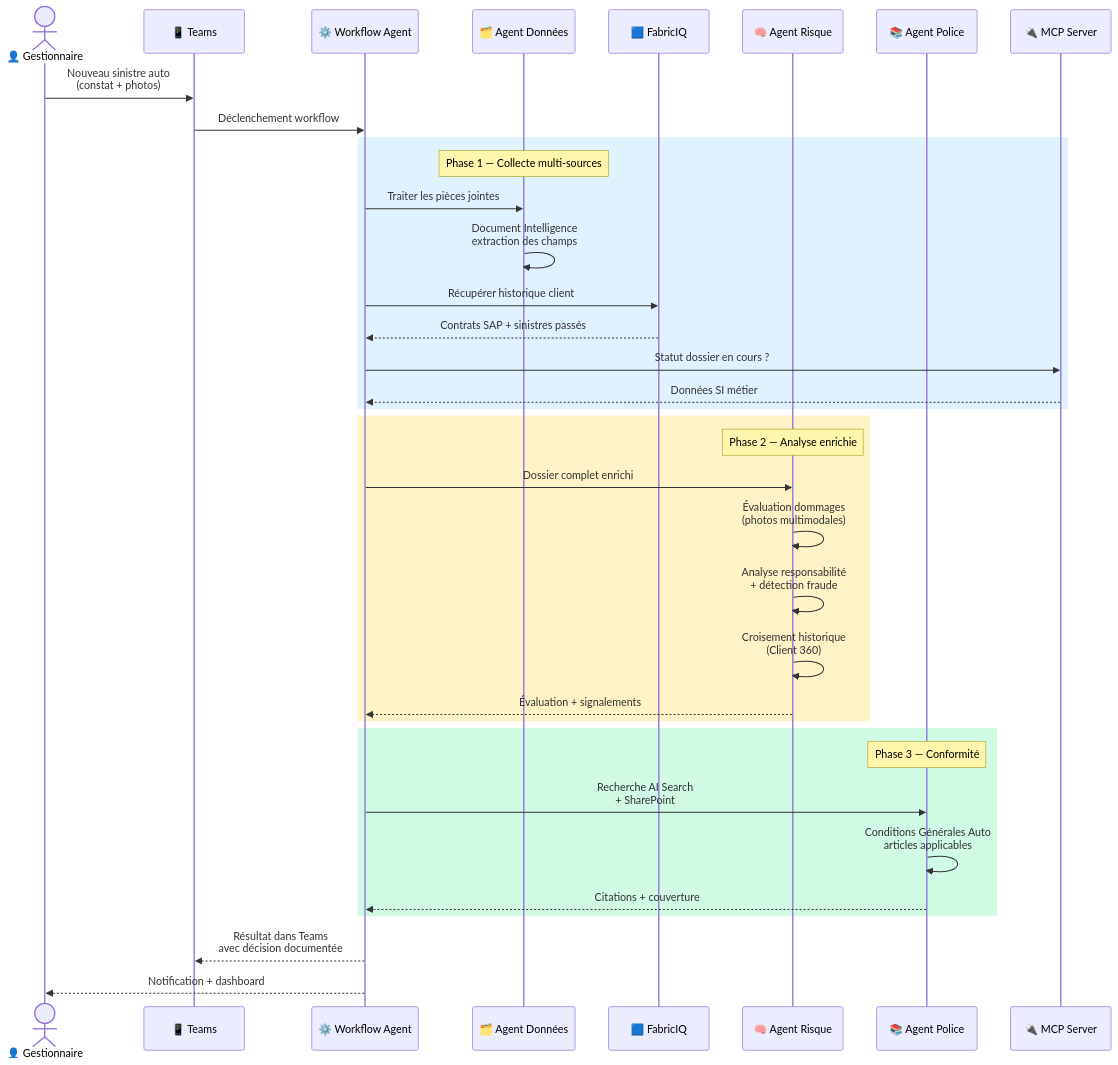
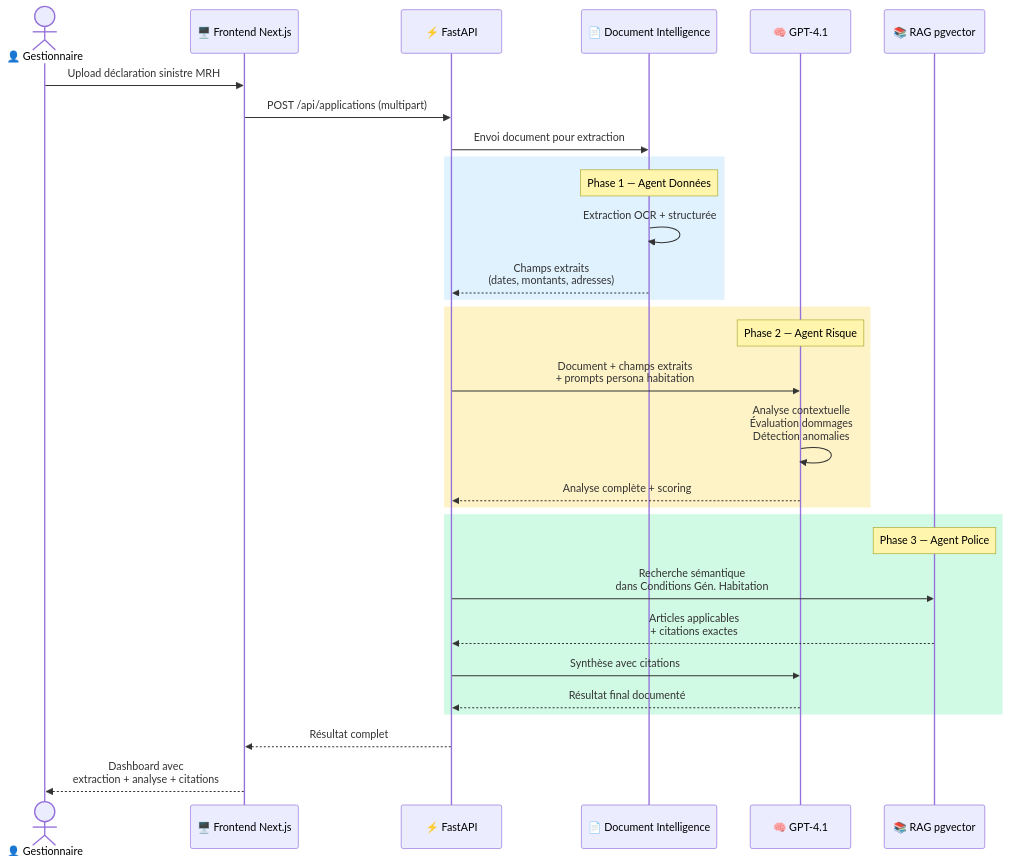
The fourth of 6 diagrams in docs/ARCHITECTURE-AGENTIC.md (olivMertens/WorkbenchIQ), drawn with Mermaid before and after one commit. The commit also changed other lines of this file and 5 other files, not shown here.

First line of the commit message:
feat: fix CU extraction flickering + analyzer schema viewer + architecture docs split

````diff
--- a/docs/ARCHITECTURE-AGENTIC.md
+++ b/docs/ARCHITECTURE-AGENTIC.md
@@ -471,43 +160,37 @@
 ```mermaid
 sequenceDiagram
     actor G as 👤 Gestionnaire
-    participant TEAMS as 📱 Teams
-    participant ORCH as ⚙️ Workflow Agent
-    participant DA as 🗂️ Agent Données
-    participant FIQ as 🟦 FabricIQ
-    participant AR as 🧠 Agent Risque
-    participant AP as 📚 Agent Police
-    participant MCP as 🔌 MCP Server
+    participant FE as 🖥️ Frontend Next.js
+    participant API as ⚡ FastAPI
+    participant CU as 📄 Document Intelligence
+    participant GPT as 🧠 GPT-4.1
+    participant RAG as 📚 RAG pgvector
 
-    G->>TEAMS: Nouveau sinistre auto<br/>(constat + photos)
-    TEAMS->>ORCH: Déclenchement workflow
+    G->>FE: Upload déclaration sinistre MRH
+    FE->>API: POST /api/applications (multipart)
+    API->>CU: Envoi document pour extraction
 
     rect rgb(224, 242, 254)
-        Note over DA: Phase 1 — Collecte multi-sources
-        ORCH->>DA: Traiter les pièces jointes
-        DA->>DA: Document Intelligence<br/>extraction des champs
-        ORCH->>FIQ: Récupérer historique client
-        FIQ-->>ORCH: Contrats SAP + sinistres passés
-        ORCH->>MCP: Statut dossier en cours ?
-        MCP-->>ORCH: Données SI métier
+        Note over CU: Phase 1 — Agent Données
+        CU->>CU: Extraction OCR + structurée
+        CU-->>API: Champs extraits<br/>(dates, montants, adresses)
     end
 
     rect rgb(254, 243, 199)
-        Note over AR: Phase 2 — Analyse enrichie
-        ORCH->>AR: Dossier complet enrichi
-        AR->>AR: Évaluation dommages<br/>(photos multimodales)
-        AR->>AR: Analyse responsabilité<br/>+ détection fraude
-        AR->>AR: Croisement historique<br/>(Client 360)
-        AR-->>ORCH: Évaluation + signalements
+        Note over GPT: Phase 2 — Agent Risque
+        API->>GPT: Document + champs extraits<br/>+ prompts persona habitation
+        GPT->>GPT: Analyse contextuelle<br/>Évaluation dommages<br/>Détection anomalies
+        GPT-->>API: Analyse complète + scoring
     end
 
     rect rgb(209, 250, 229)
-        Note over AP: Phase 3 — Conformité
-        ORCH->>AP: Recherche AI Search<br/>+ SharePoint
-        AP->>AP: Conditions Générales Auto<br/>articles applicables
-        AP-->>ORCH: Citations + couverture
+        Note over RAG: Phase 3 — Agent Police
+        API->>RAG: Recherche sémantique<br/>dans Conditions Gén. Habitation
+        RAG-->>API: Articles applicables<br/>+ citations exactes
+        API->>GPT: Synthèse avec citations
+        GPT-->>API: Résultat final documenté
     end
 
-    ORCH-->>TEAMS: Résultat dans Teams<br/>avec décision documentée
-    ORCH-->>G: Notification + dashboard
+    API-->>FE: Résultat complet
+    FE-->>G: Dashboard avec<br/>extraction + analyse + citations
 ```
````
